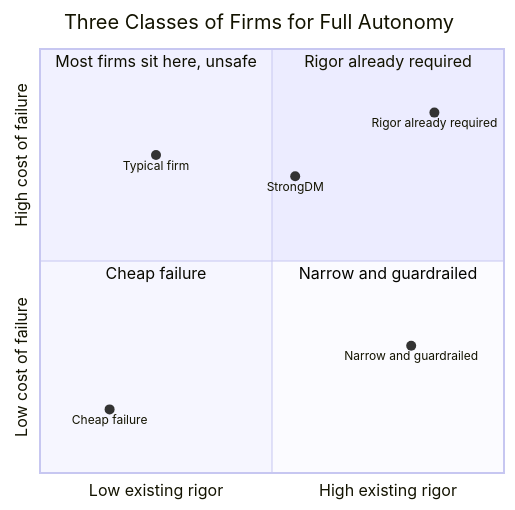
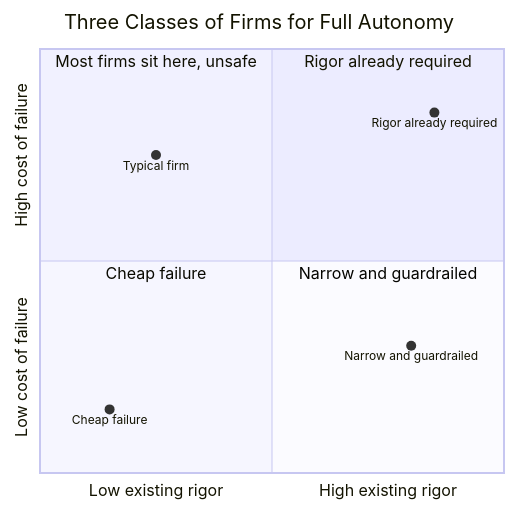
Before and after one commit to jh125486/presentations: the sixth of 8 diagrams in UNT/dark_factory.md, drawn with Mermaid. The commit also changed other lines of this file, not shown here.

First line of the commit message:
demote StrongDM to an aside on the three-classes quadrant chart

````diff
--- a/UNT/dark_factory.md
+++ b/UNT/dark_factory.md
@@ -336,15 +336,14 @@
 ```mermaid
 quadrantChart
     title Three Classes of Firms for Full Autonomy
     x-axis Low existing rigor --> High existing rigor
     y-axis Low cost of failure --> High cost of failure
     quadrant-1 Rigor already required
     quadrant-2 Most firms sit here, unsafe
     quadrant-3 Cheap failure
     quadrant-4 Narrow and guardrailed
     Cheap failure: [0.15, 0.15]
     Narrow and guardrailed: [0.8, 0.3]
     Rigor already required: [0.85, 0.85]
     Typical firm: [0.25, 0.75]
-    StrongDM: [0.55, 0.7]
 ```
````
